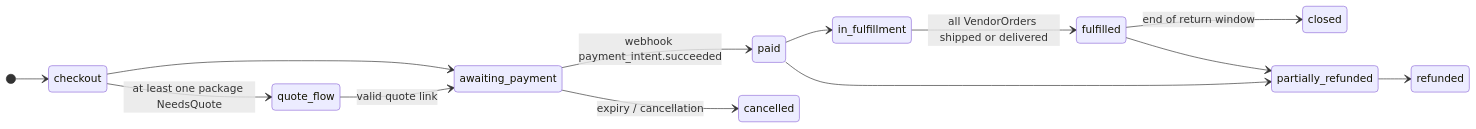
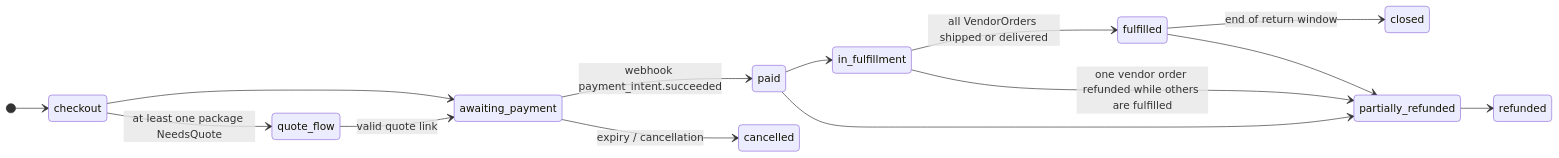
The diagram in docs/spec/07-cart-orders-payments.md (bertalan/mpmv), drawn with Mermaid before and after one commit. The commit also changed 10 other files, not shown here.

````diff
--- a/docs/spec/07-cart-orders-payments.md
+++ b/docs/spec/07-cart-orders-payments.md
@@ -62,16 +62,17 @@
 ```mermaid
 stateDiagram-v2
   direction LR
   [*] --> checkout
   checkout --> awaiting_payment
   checkout --> quote_flow: at least one package NeedsQuote
   quote_flow --> awaiting_payment: valid quote link
   awaiting_payment --> paid: webhook payment_intent.succeeded
   awaiting_payment --> cancelled: expiry / cancellation
   paid --> in_fulfillment
   in_fulfillment --> fulfilled: all VendorOrders shipped or delivered
   fulfilled --> closed: end of return window
   paid --> partially_refunded
+  in_fulfillment --> partially_refunded: one vendor order refunded while others are fulfilled
   fulfilled --> partially_refunded
   partially_refunded --> refunded
 ```
````
